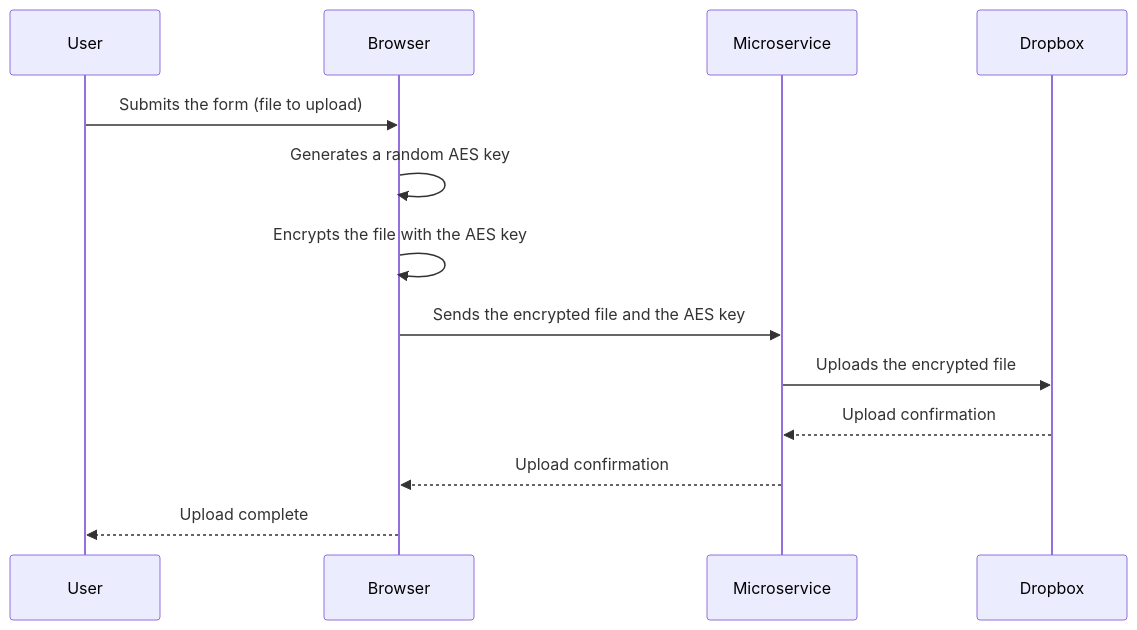
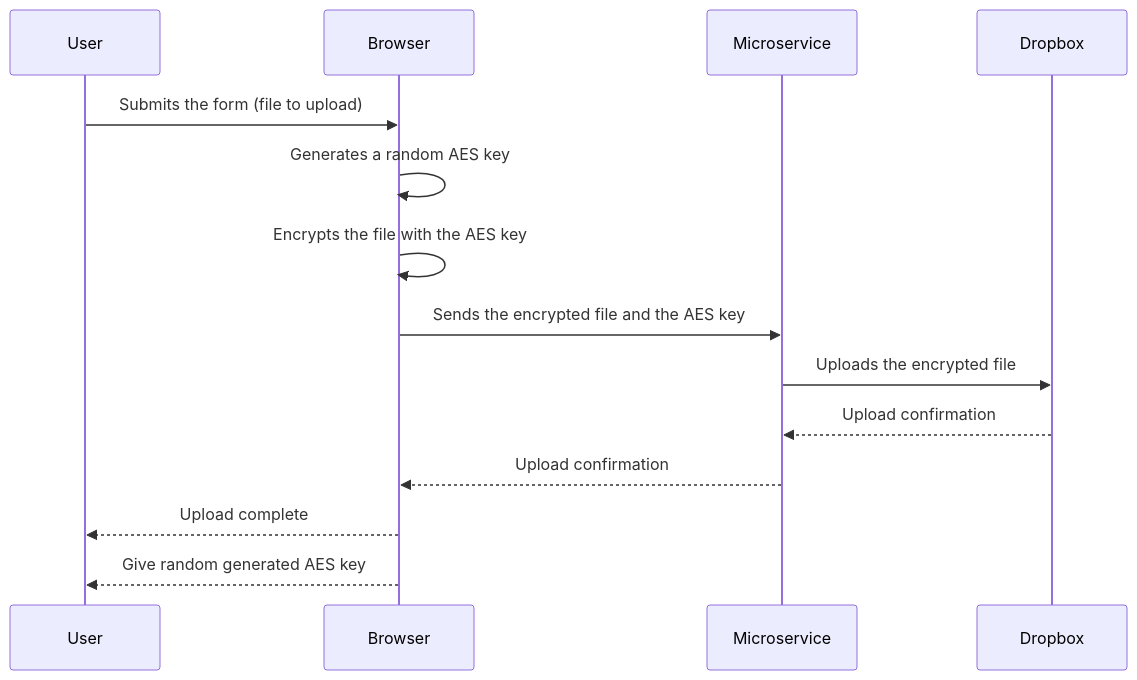
One commit to YR72dpi/SecuredWhisker changed the fourth of 5 diagrams in README.md. Above: the diagram before and after it, drawn with Mermaid.

````diff
--- a/README.md
+++ b/README.md
@@ -121,16 +121,17 @@
 ```mermaid
 sequenceDiagram
     participant User
     participant Browser
     participant Microservice
     participant Dropbox
 
     User->>Browser: Submits the form (file to upload)
     Browser->>Browser: Generates a random AES key
     Browser->>Browser: Encrypts the file with the AES key
     Browser->>Microservice: Sends the encrypted file and the AES key
     Microservice->>Dropbox: Uploads the encrypted file
     Dropbox-->>Microservice: Upload confirmation
     Microservice-->>Browser: Upload confirmation
     Browser-->>User: Upload complete
+    Browser-->>User: Give random generated AES key
 ```
````
